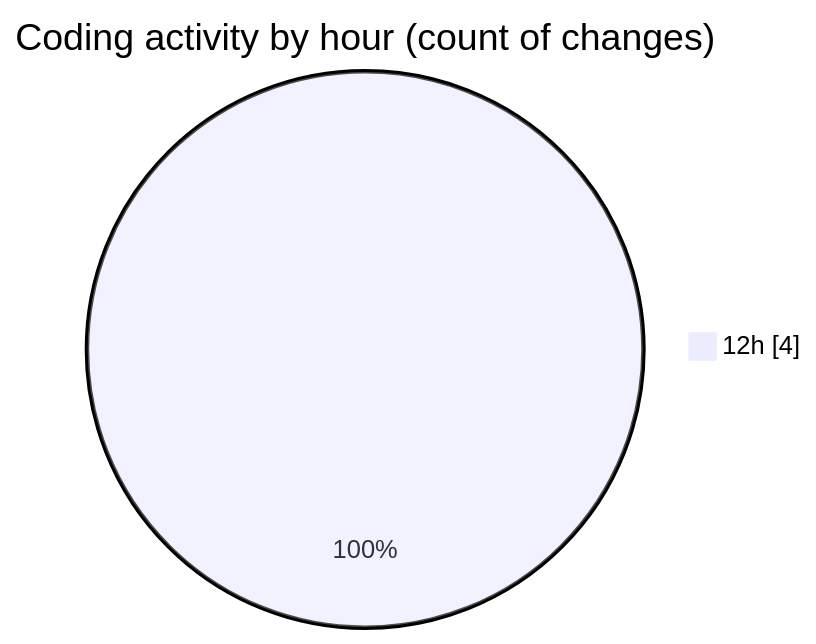
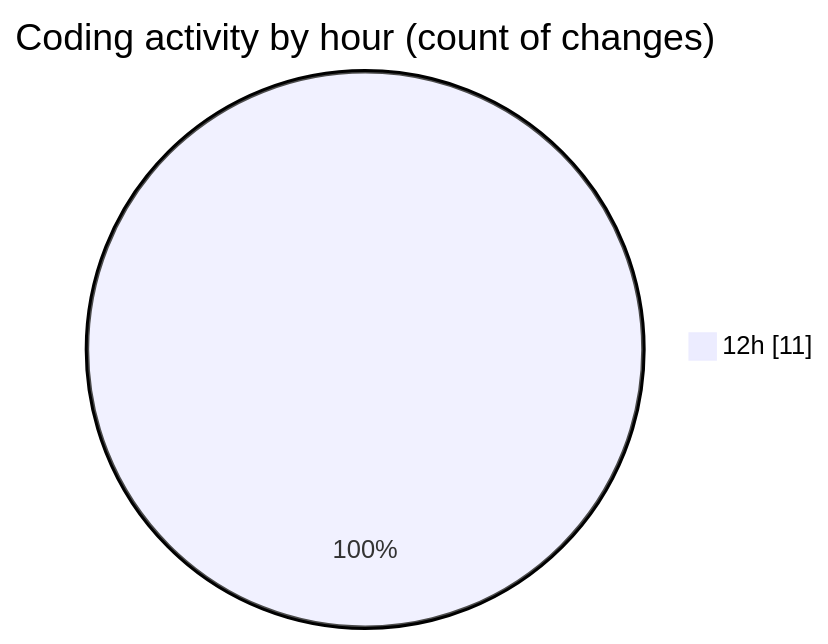
Before and after one commit to charlie-sans/code-tracking: the second of 2 diagrams in 2025-04-25/assets/README.md, drawn with Mermaid. The commit also changed other lines of this file and 1 other file, not shown here.

````diff
--- a/2025-04-25/assets/README.md
+++ b/2025-04-25/assets/README.md
@@ -28,5 +28,5 @@
 ```mermaid
 pie showData
 title Coding activity by hour (count of changes)
-"12h" : 4
+"12h" : 11
 ```
````
